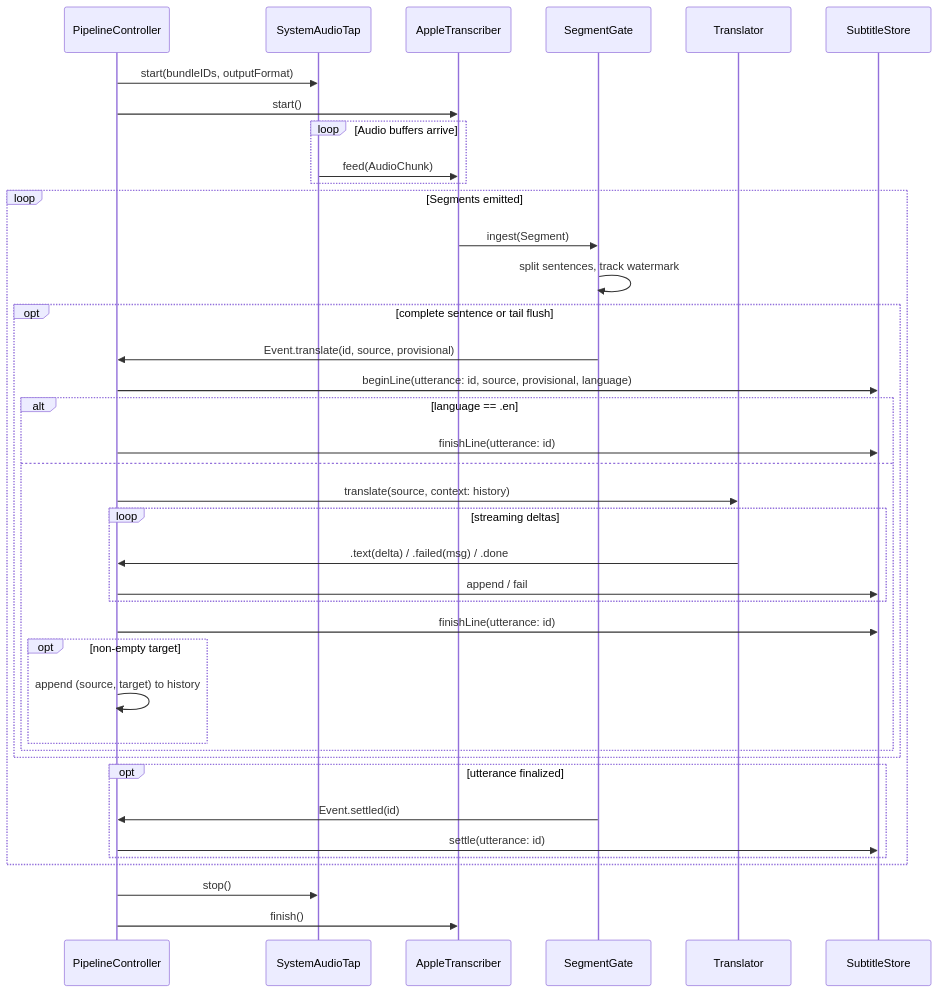
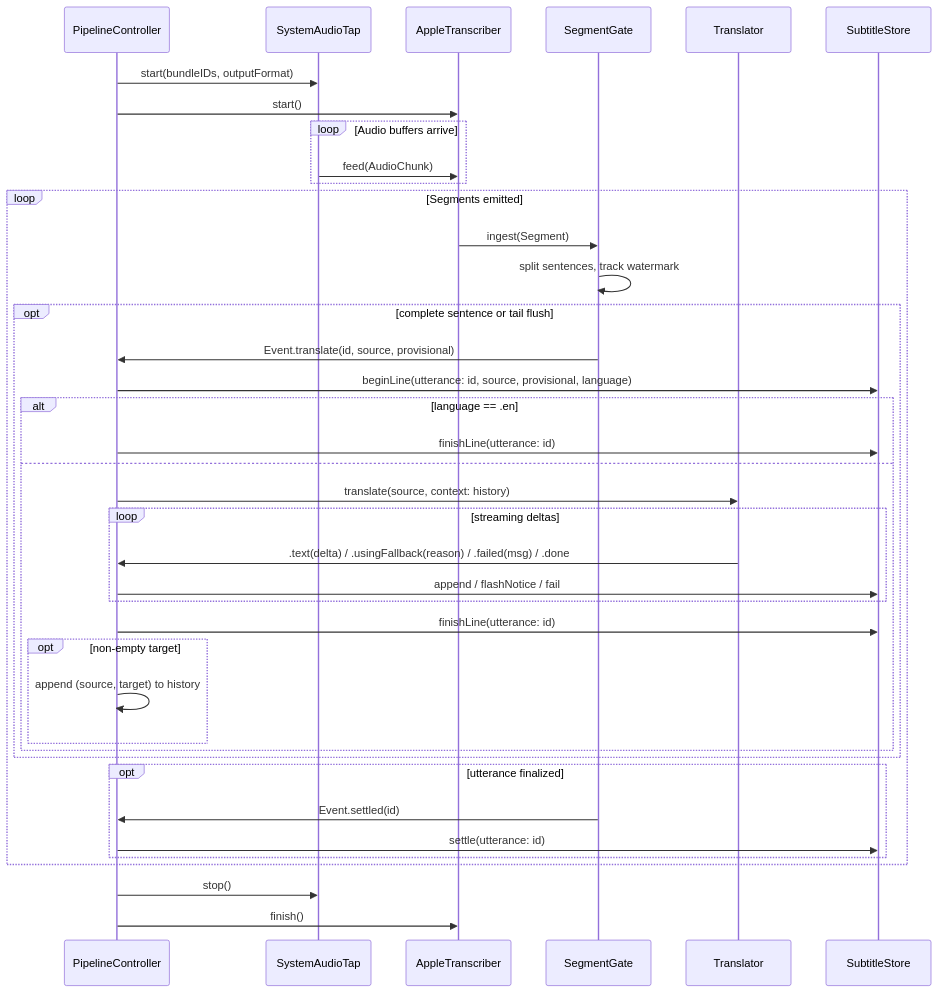
Before and after one commit to dautroc/tsuyaku: the second of 11 diagrams in docs/architecture.md, drawn with Mermaid. The commit also changed other lines of this file and 12 other files, not shown here.

````diff
--- a/docs/architecture.md
+++ b/docs/architecture.md
@@ -137,45 +141,45 @@
 ```mermaid
 sequenceDiagram
     participant PC as PipelineController
     participant Tap as SystemAudioTap
     participant STT as AppleTranscriber
     participant Gate as SegmentGate
     participant T as Translator
     participant Store as SubtitleStore
 
     PC->>Tap: start(bundleIDs, outputFormat)
     PC->>STT: start()
 
     loop Audio buffers arrive
         Tap->>STT: feed(AudioChunk)
     end
 
     loop Segments emitted
         STT->>Gate: ingest(Segment)
         Gate->>Gate: split sentences, track watermark
         opt complete sentence or tail flush
             Gate->>PC: Event.translate(id, source, provisional)
             PC->>Store: beginLine(utterance: id, source, provisional, language)
             alt language == .en
                 PC->>Store: finishLine(utterance: id)
             else
                 PC->>T: translate(source, context: history)
                 loop streaming deltas
-                    T->>PC: .text(delta) / .failed(msg) / .done
-                    PC->>Store: append / fail
+                    T->>PC: .text(delta) / .usingFallback(reason) / .failed(msg) / .done
+                    PC->>Store: append / flashNotice / fail
                 end
                 PC->>Store: finishLine(utterance: id)
                 opt non-empty target
                     PC->>PC: append (source, target) to history
                 end
             end
         end
         opt utterance finalized
             Gate->>PC: Event.settled(id)
             PC->>Store: settle(utterance: id)
         end
     end
 
     PC->>Tap: stop()
     PC->>STT: finish()
 ```
````
